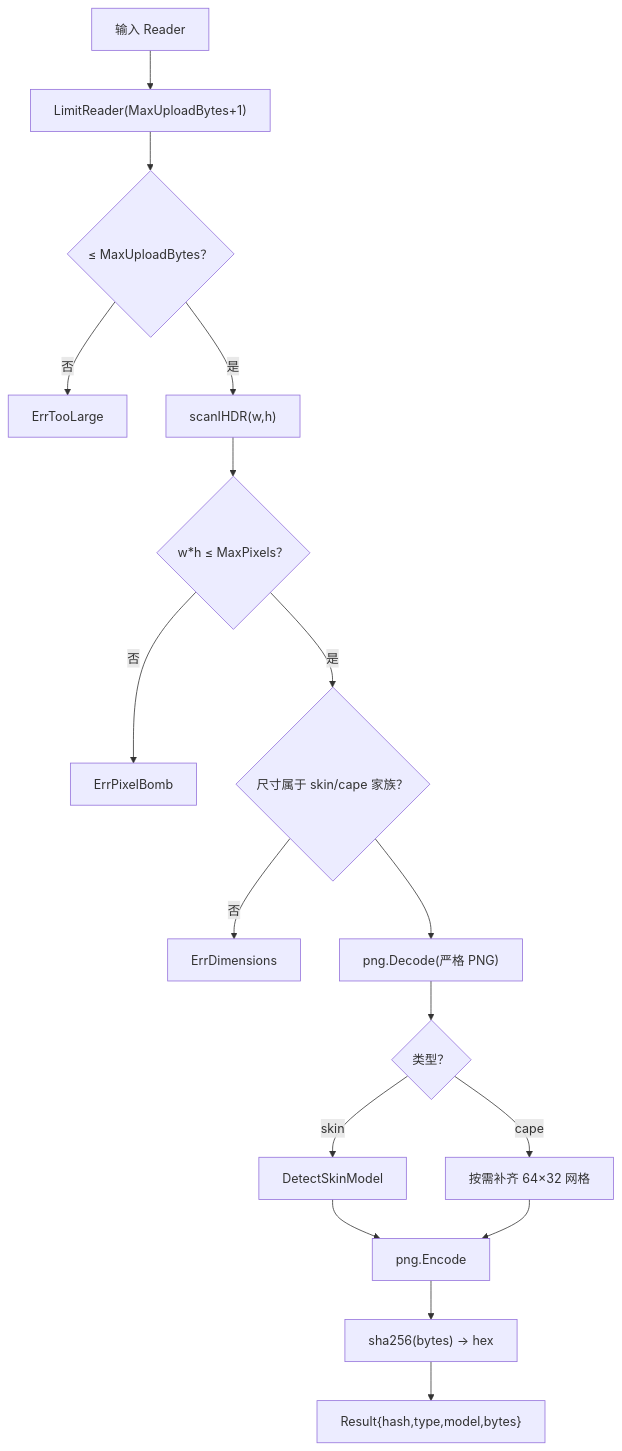
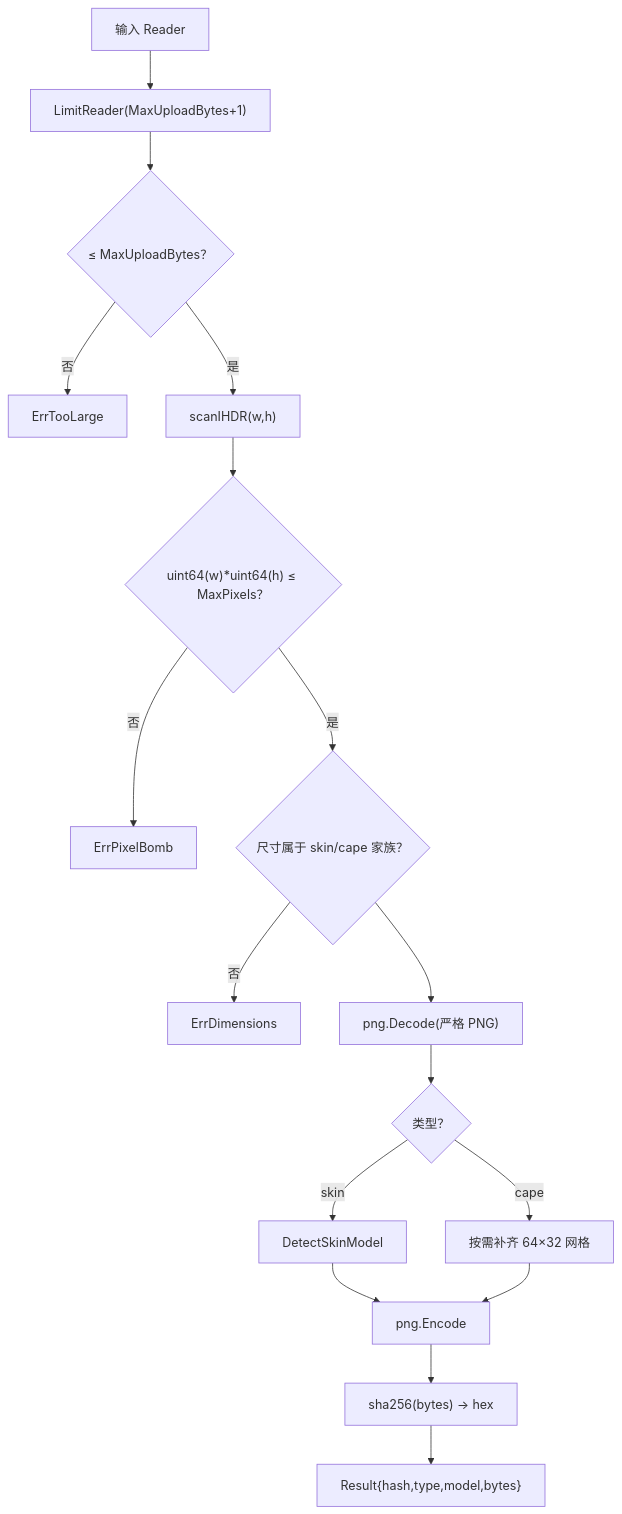
One commit to YimingZhanshen/skin-nexus changed the fourth of 8 diagrams in docs/handbook/纹理上传与处理管线.md. Above: the diagram before and after it, drawn with Mermaid. The commit also changed other lines of this file and 2 other files, not shown here.

Commit message:
fix(texture): reject overflowing PNG pixel counts

````diff
--- a/docs/handbook/纹理上传与处理管线.md
+++ b/docs/handbook/纹理上传与处理管线.md
@@ -167,19 +167,19 @@
 ```mermaid
 flowchart TD
     R["输入 Reader"] --> Read["LimitReader(MaxUploadBytes+1)"]
     Read --> SizeOK{"≤ MaxUploadBytes？"}
     SizeOK -->|否| TooLarge["ErrTooLarge"]
     SizeOK -->|是| IHDR["scanIHDR(w,h)"]
-    IHDR --> Pixels{"w*h ≤ MaxPixels？"}
+    IHDR --> Pixels{"uint64(w)*uint64(h) ≤ MaxPixels？"}
     Pixels -->|否| PixelBomb["ErrPixelBomb"]
     Pixels -->|是| DimCheck{"尺寸属于 skin/cape 家族？"}
     DimCheck -->|否| Dimensions["ErrDimensions"]
     DimCheck --> Decode["png.Decode(严格 PNG)"]
     Decode --> ModelCape{"类型？"}
     ModelCape -->|skin| Detect["DetectSkinModel"]
     ModelCape -->|cape| Pad["按需补齐 64×32 网格"]
     Detect --> Encode["png.Encode"]
     Pad --> Encode
     Encode --> Hash["sha256(bytes) → hex"]
     Hash --> Result["Result{hash,type,model,bytes}"]
 ```
````
